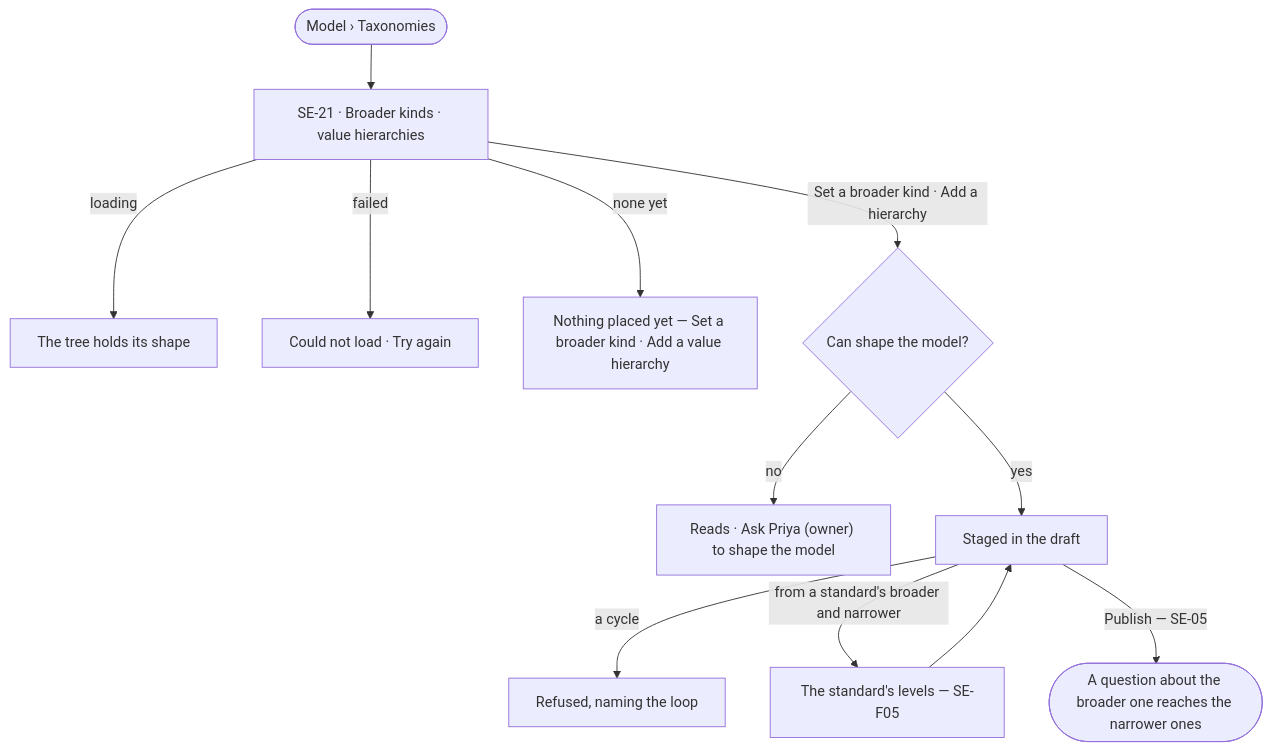
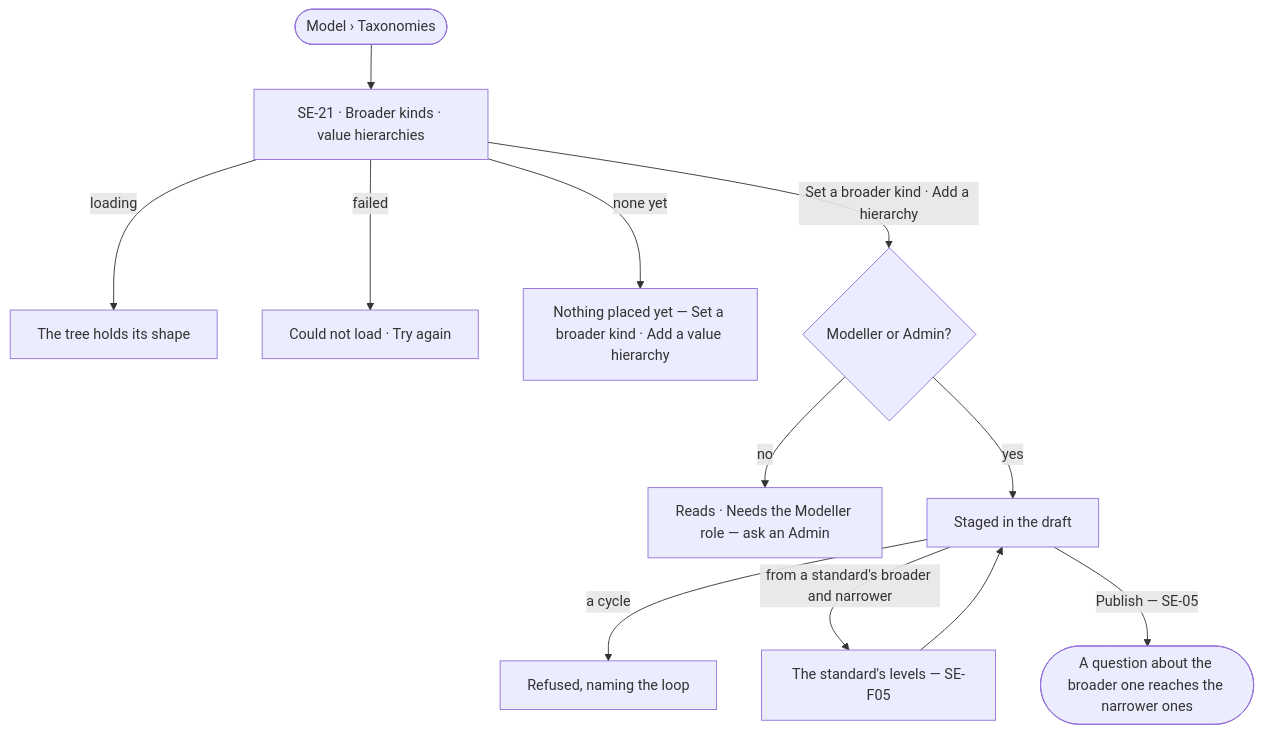
One commit to invana/invana changed the diagram in specs/capabilities/semantics/features/SE-F04-taxonomies/feature.md. Above: the diagram before and after it, drawn with Mermaid. The commit also changed other lines of this file and 300 other files, not shown here.

````diff
--- a/specs/capabilities/semantics/features/SE-F04-taxonomies/feature.md
+++ b/specs/capabilities/semantics/features/SE-F04-taxonomies/feature.md
@@ -23,13 +23,13 @@
 ```mermaid
 flowchart TD
   start([Model › Taxonomies]) --> t["SE-21 · Broader kinds · value hierarchies"]
   t -->|loading| ld["The tree holds its shape"]
   t -->|failed| fl["Could not load · Try again"]
   t -->|none yet| e["Nothing placed yet — Set a broader kind · Add a value hierarchy"]
-  t -->|Set a broader kind · Add a hierarchy| may{Can shape the model?}
-  may -->|no| na["Reads · Ask Priya (owner) to shape the model"]
+  t -->|Set a broader kind · Add a hierarchy| may{Modeller or Admin?}
+  may -->|no| na["Reads · Needs the Modeller role — ask an Admin"]
   may -->|yes| d["Staged in the draft"]
   d -->|a cycle| cy["Refused, naming the loop"]
   d -->|from a standard's broader and narrower| std["The standard's levels — SE-F05"] --> d
   d -->|Publish — SE-05| pub(["A question about the broader one reaches the narrower ones"])
 ```
````
